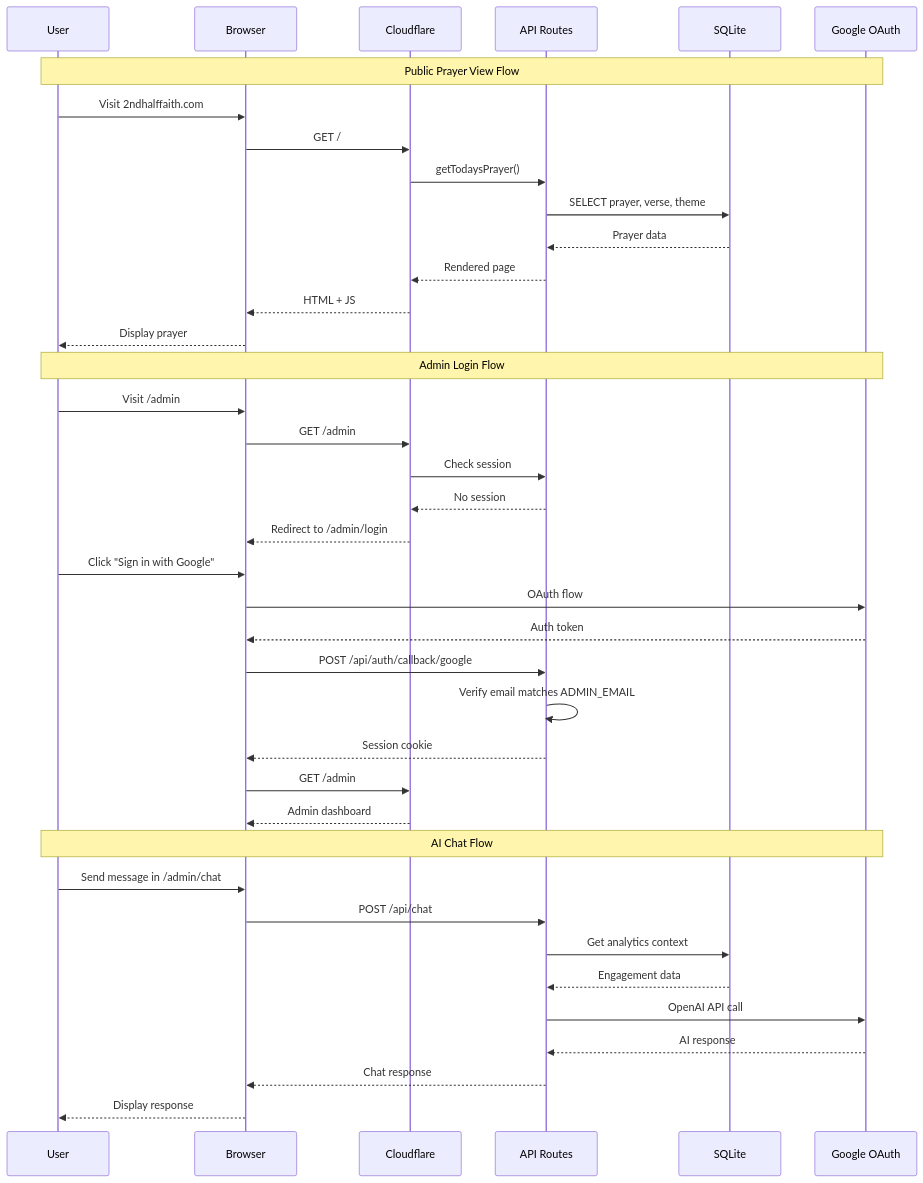
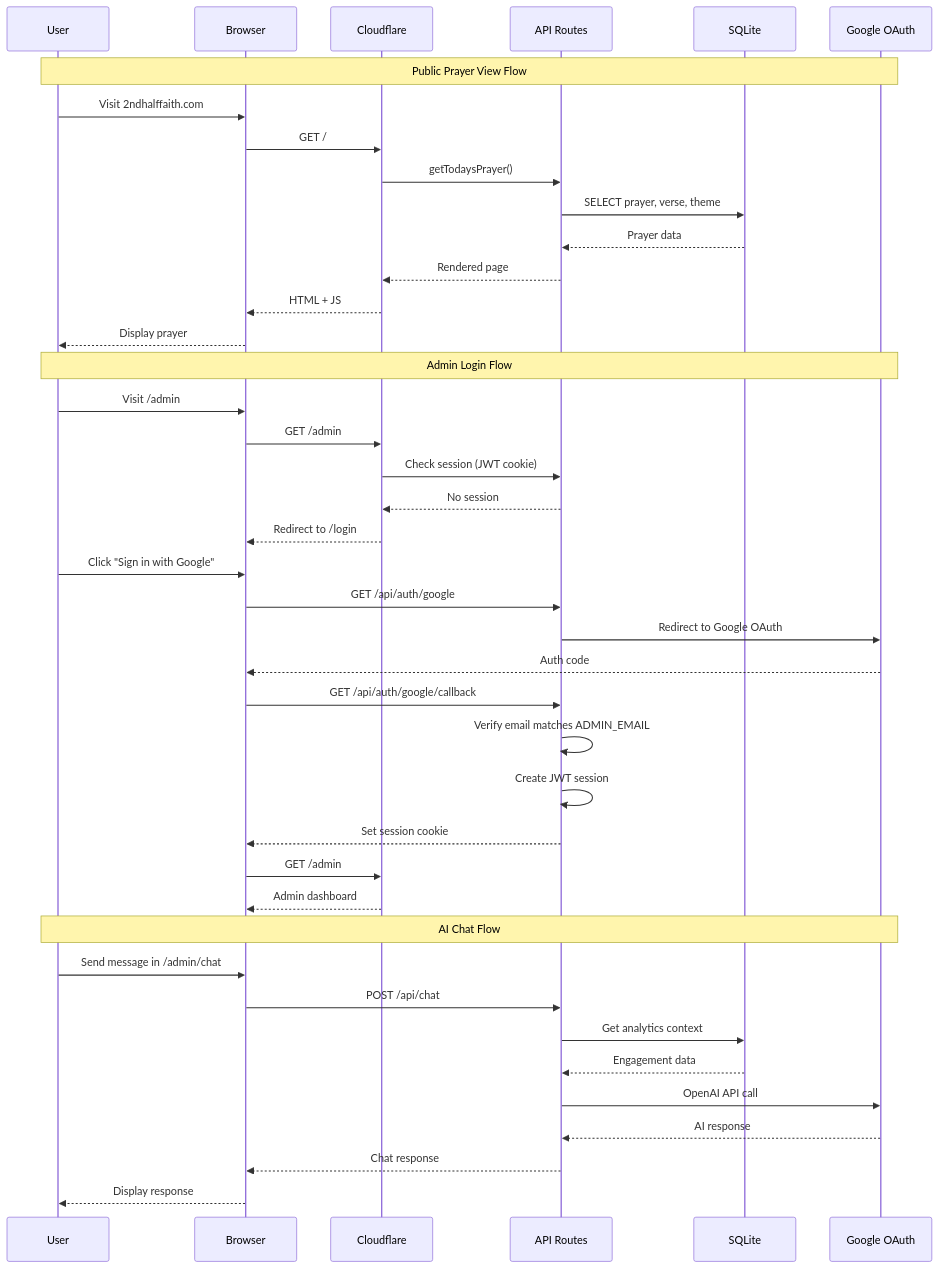
The third of 5 diagrams in website/ARCHITECTURE.md (SHF13-OG/social-automation), drawn with Mermaid before and after one commit. The commit also changed other lines of this file, not shown here.

First line of the commit message:
Update ARCHITECTURE.md for custom OAuth and testing

````diff
--- a/website/ARCHITECTURE.md
+++ b/website/ARCHITECTURE.md
@@ -149,44 +152,46 @@
 ```mermaid
 sequenceDiagram
     participant U as User
     participant B as Browser
     participant CF as Cloudflare
     participant API as API Routes
     participant DB as SQLite
     participant Auth as Google OAuth
 
     Note over U,Auth: Public Prayer View Flow
     U->>B: Visit 2ndhalffaith.com
     B->>CF: GET /
     CF->>API: getTodaysPrayer()
     API->>DB: SELECT prayer, verse, theme
     DB-->>API: Prayer data
     API-->>CF: Rendered page
     CF-->>B: HTML + JS
     B-->>U: Display prayer
 
     Note over U,Auth: Admin Login Flow
     U->>B: Visit /admin
     B->>CF: GET /admin
-    CF->>API: Check session
+    CF->>API: Check session (JWT cookie)
     API-->>CF: No session
-    CF-->>B: Redirect to /admin/login
+    CF-->>B: Redirect to /login
     U->>B: Click "Sign in with Google"
-    B->>Auth: OAuth flow
-    Auth-->>B: Auth token
-    B->>API: POST /api/auth/callback/google
+    B->>API: GET /api/auth/google
+    API->>Auth: Redirect to Google OAuth
+    Auth-->>B: Auth code
+    B->>API: GET /api/auth/google/callback
     API->>API: Verify email matches ADMIN_EMAIL
-    API-->>B: Session cookie
+    API->>API: Create JWT session
+    API-->>B: Set session cookie
     B->>CF: GET /admin
     CF-->>B: Admin dashboard
 
     Note over U,Auth: AI Chat Flow
     U->>B: Send message in /admin/chat
     B->>API: POST /api/chat
     API->>DB: Get analytics context
     DB-->>API: Engagement data
     API->>Auth: OpenAI API call
     Auth-->>API: AI response
     API-->>B: Chat response
     B-->>U: Display response
 ```
````
